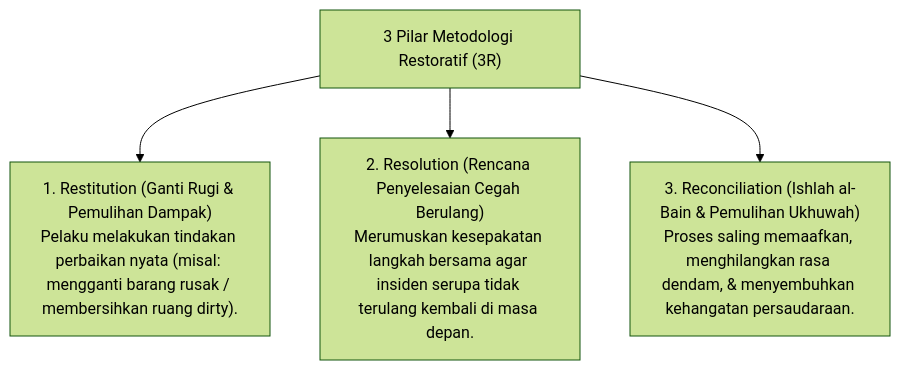
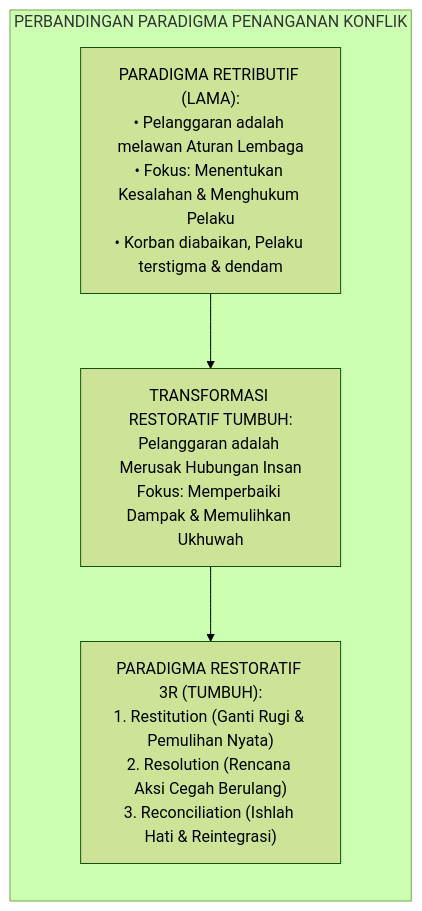
One commit to wandiapriliyandi/tumbuh changed the first of 2 diagrams in 08 Integrated Approaches/06 Restorative Practices/P8-06-01-Metodologi-Restoratif-3R-Restitution-Resolution-Reconciliation.md. Above: the diagram before and after it, drawn with Mermaid (forest theme). The commit also changed other lines of this file and 3 other files, not shown here.

````diff
--- a/08 Integrated Approaches/06 Restorative Practices/P8-06-01-Metodologi-Restoratif-3R-Restitution-Resolution-Reconciliation.md
+++ b/08 Integrated Approaches/06 Restorative Practices/P8-06-01-Metodologi-Restoratif-3R-Restitution-Resolution-Reconciliation.md
@@ -12,7 +28,7 @@
 ```mermaid
-graph TD
-    ThreeRModel["3 Pilar Metodologi Restoratif (3R)"]
-    ThreeRModel --> Restitution["1. Restitution (Ganti Rugi & Pemulihan Dampak)<br/>Pelaku melakukan tindakan perbaikan nyata (misal: mengganti barang rusak / membersihkan ruang dirty)."]
-    ThreeRModel --> Resolution["2. Resolution (Rencana Penyelesaian Cegah Berulang)<br/>Merumuskan kesepakatan langkah bersama agar insiden serupa tidak terulang kembali di masa depan."]
-    ThreeRModel --> Reconciliation["3. Reconciliation (Ishlah al-Bain & Pemulihan Ukhuwah)<br/>Proses saling memaafkan, menghilangkan rasa dendam, & menyembuhkan kehangatan persaudaraan."]
+flowchart LR
+    subgraph RestorativeComparison["PERBANDINGAN PARADIGMA PENANGANAN KONFLIK"]
+        Retributive["PARADIGMA RETRIBUTIF (LAMA):<br/>• Pelanggaran adalah melawan Aturan Lembaga<br/>• Fokus: Menentukan Kesalahan & Menghukum Pelaku<br/>• Korban diabaikan, Pelaku terstigma & dendam"] --> Shift["TRANSFORMASI RESTORATIF TUMBUH:<br/>Pelanggaran adalah Merusak Hubungan Insan<br/>Fokus: Memperbaiki Dampak & Memulihkan Ukhuwah"]
+        Shift --> Restorative["PARADIGMA RESTORATIF 3R (TUMBUH):<br/>1. Restitution (Ganti Rugi & Pemulihan Nyata)<br/>2. Resolution (Rencana Aksi Cegah Berulang)<br/>3. Reconciliation (Ishlah Hati & Reintegrasi)"]
+    end
 ```
````
